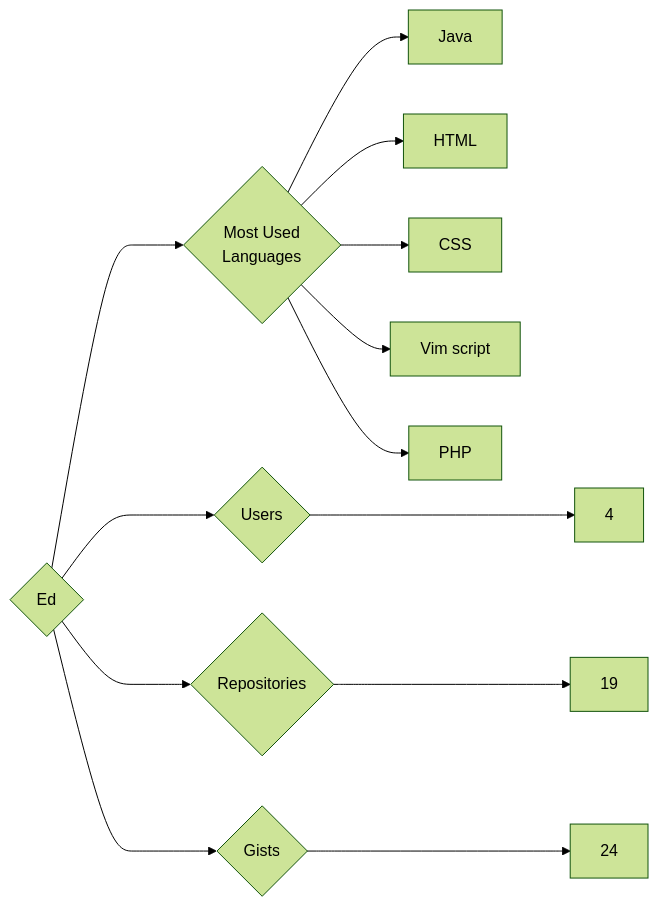
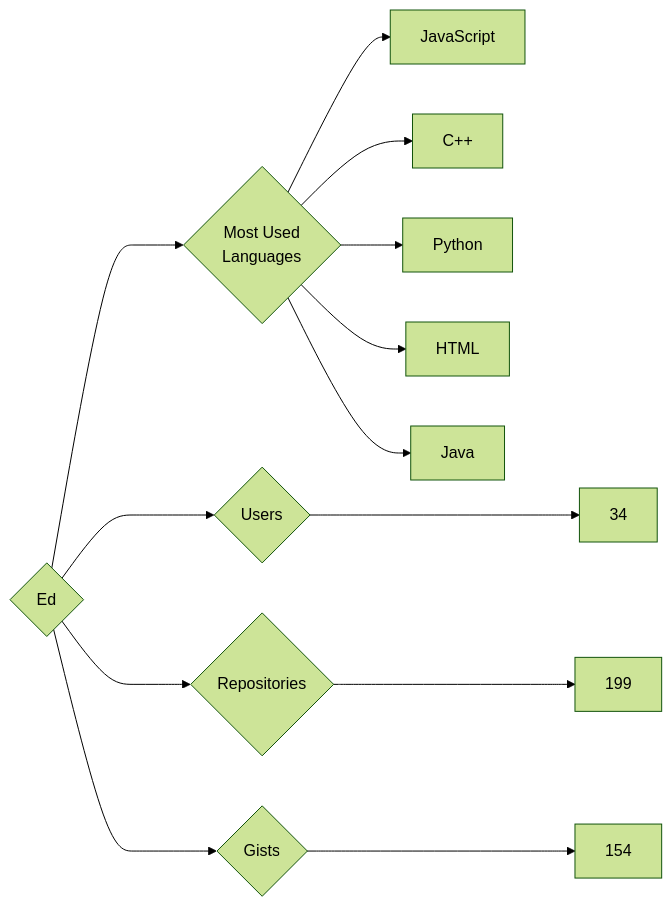
One commit to trickest/insiders changed the diagram in targets/Ed/README.md. Above: the diagram before and after it, drawn with Mermaid (forest theme). The commit also changed 934 other files, not shown here.

````diff
--- a/targets/Ed/README.md
+++ b/targets/Ed/README.md
@@ -3,13 +3,13 @@
 ```mermaid
 graph LR
 COMPANY_NAME{Ed}
-COMPANY_NAME ---> U{Users} ---> UN[4]
-COMPANY_NAME ---> R{Repositories} ---> RN[19]
-COMPANY_NAME ---> G{Gists} ---> GN[24]
+COMPANY_NAME ---> U{Users} ---> UN[34]
+COMPANY_NAME ---> R{Repositories} ---> RN[199]
+COMPANY_NAME ---> G{Gists} ---> GN[154]
 COMPANY_NAME ---> ML{Most Used<br>Languages}
+ML --> JavaScript[JavaScript]
+ML --> C++[C++]
+ML --> Python[Python]
+ML --> HTML[HTML]
 ML --> Java[Java]
-ML --> HTML[HTML]
-ML --> CSS[CSS]
-ML --> Vim_script[Vim script]
-ML --> PHP[PHP]
 ```
````
